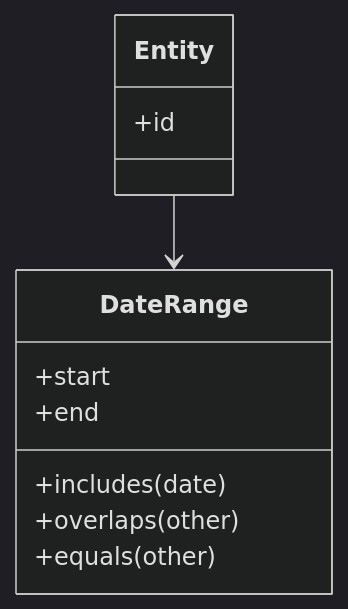
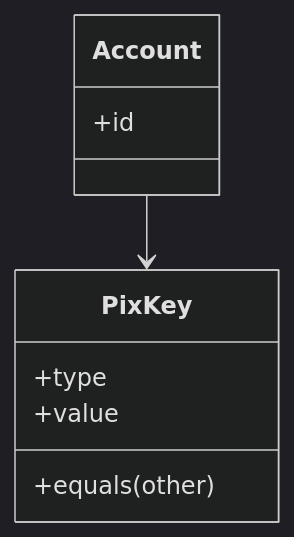
Before and after one commit to alancesar/design-patterns: the diagram in docs/design/poeaa/base/value-object.md, drawn with Mermaid (dark theme). The commit also changed other lines of this file and 95 other files, not shown here.

First line of the commit message:
Switch PoEAA examples and diagrams to fintech scenarios

````diff
--- a/docs/design/poeaa/base/value-object.md
+++ b/docs/design/poeaa/base/value-object.md
@@ -60,14 +60,12 @@
 ```mermaid
 classDiagram
-    class Entity {
+    class Account {
         +id
     }
-    class DateRange {
-        +start
-        +end
-        +includes(date)
-        +overlaps(other)
+    class PixKey {
+        +type
+        +value
         +equals(other)
     }
-    Entity --> DateRange
+    Account --> PixKey
 ```
````
